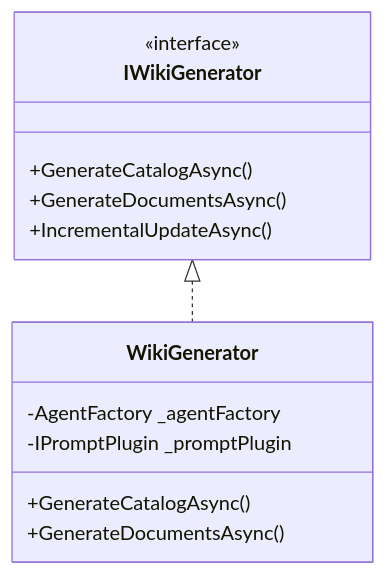
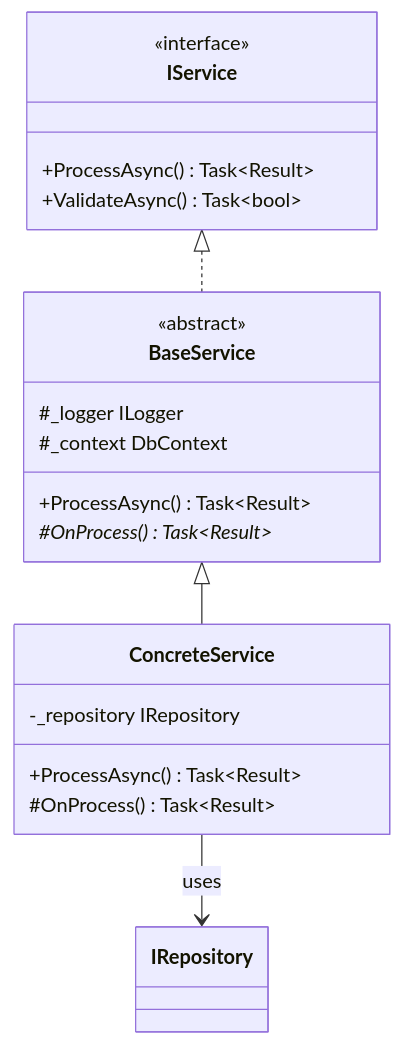
The sixth of 12 diagrams in src/OpenDeepWiki/prompts/content-generator.md (jianyuyanyu/OpenDeepWiki), drawn with Mermaid before and after one commit. The commit also changed other lines of this file and 40 other files, not shown here.

````diff
--- a/src/OpenDeepWiki/prompts/content-generator.md
+++ b/src/OpenDeepWiki/prompts/content-generator.md
@@ -581,16 +661,26 @@
 ```mermaid
 classDiagram
-    class IWikiGenerator {
+    class IService {
         <<interface>>
-        +GenerateCatalogAsync()
-        +GenerateDocumentsAsync()
-        +IncrementalUpdateAsync()
+        +ProcessAsync() Task~Result~
+        +ValidateAsync() Task~bool~
     }
-    class WikiGenerator {
-        -AgentFactory _agentFactory
-        -IPromptPlugin _promptPlugin
-        +GenerateCatalogAsync()
-        +GenerateDocumentsAsync()
+
+    class BaseService {
+        <<abstract>>
+        #_logger ILogger
+        #_context DbContext
+        +ProcessAsync() Task~Result~
+        #OnProcess()* Task~Result~
     }
-    IWikiGenerator <|.. WikiGenerator
+
+    class ConcreteService {
+        -_repository IRepository
+        +ProcessAsync() Task~Result~
+        #OnProcess() Task~Result~
+    }
+
+    IService <|.. BaseService
+    BaseService <|-- ConcreteService
+    ConcreteService --> IRepository : uses
 ```
````
